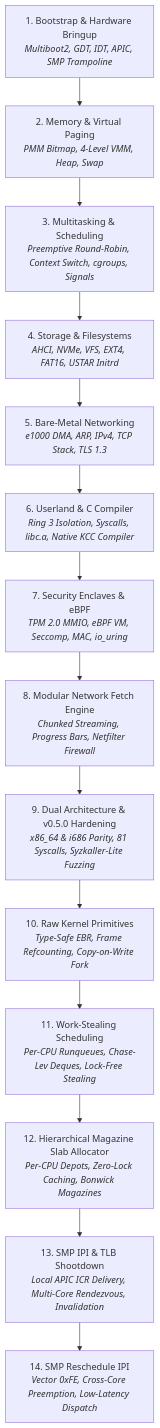
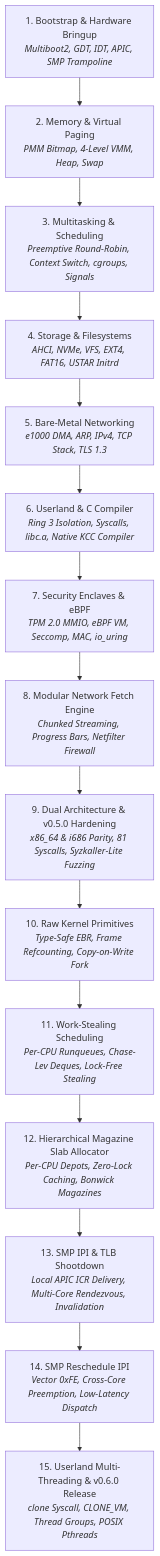
Before and after one commit to mrvlous/keira: the diagram in docs/journey/README.md, drawn with Mermaid. The commit also changed other lines of this file and 2 other files, not shown here.

Commit message:
docs(journey): document Milestone 15 userland multi-threading architecture

````diff
--- a/docs/journey/README.md
+++ b/docs/journey/README.md
@@ -11,16 +11,17 @@
 ```mermaid
 graph TD
     M1["1. Bootstrap & Hardware Bringup<br/><i>Multiboot2, GDT, IDT, APIC, SMP Trampoline</i>"] --> M2["2. Memory & Virtual Paging<br/><i>PMM Bitmap, 4-Level VMM, Heap, Swap</i>"]
     M2 --> M3["3. Multitasking & Scheduling<br/><i>Preemptive Round-Robin, Context Switch, cgroups, Signals</i>"]
     M3 --> M4["4. Storage & Filesystems<br/><i>AHCI, NVMe, VFS, EXT4, FAT16, USTAR Initrd</i>"]
     M4 --> M5["5. Bare-Metal Networking<br/><i>e1000 DMA, ARP, IPv4, TCP Stack, TLS 1.3</i>"]
     M5 --> M6["6. Userland & C Compiler<br/><i>Ring 3 Isolation, Syscalls, libc.a, Native KCC Compiler</i>"]
     M6 --> M7["7. Security Enclaves & eBPF<br/><i>TPM 2.0 MMIO, eBPF VM, Seccomp, MAC, io_uring</i>"]
     M7 --> M8["8. Modular Network Fetch Engine<br/><i>Chunked Streaming, Progress Bars, Netfilter Firewall</i>"]
     M8 --> M9["9. Dual Architecture & v0.5.0 Hardening<br/><i>x86_64 & i686 Parity, 81 Syscalls, Syzkaller-Lite Fuzzing</i>"]
     M9 --> M10["10. Raw Kernel Primitives<br/><i>Type-Safe EBR, Frame Refcounting, Copy-on-Write Fork</i>"]
     M10 --> M11["11. Work-Stealing Scheduling<br/><i>Per-CPU Runqueues, Chase-Lev Deques, Lock-Free Stealing</i>"]
     M11 --> M12["12. Hierarchical Magazine Slab Allocator<br/><i>Per-CPU Depots, Zero-Lock Caching, Bonwick Magazines</i>"]
     M12 --> M13["13. SMP IPI & TLB Shootdown<br/><i>Local APIC ICR Delivery, Multi-Core Rendezvous, Invalidation</i>"]
     M13 --> M14["14. SMP Reschedule IPI<br/><i>Vector 0xFE, Cross-Core Preemption, Low-Latency Dispatch</i>"]
+    M14 --> M15["15. Userland Multi-Threading & v0.6.0 Release<br/><i>clone Syscall, CLONE_VM, Thread Groups, POSIX Pthreads</i>"]
 ```
````
